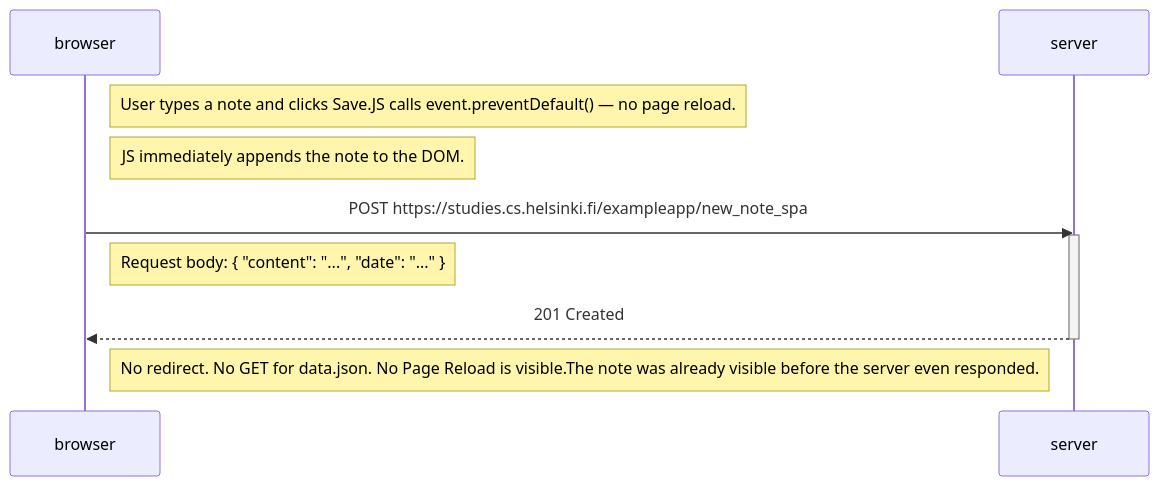
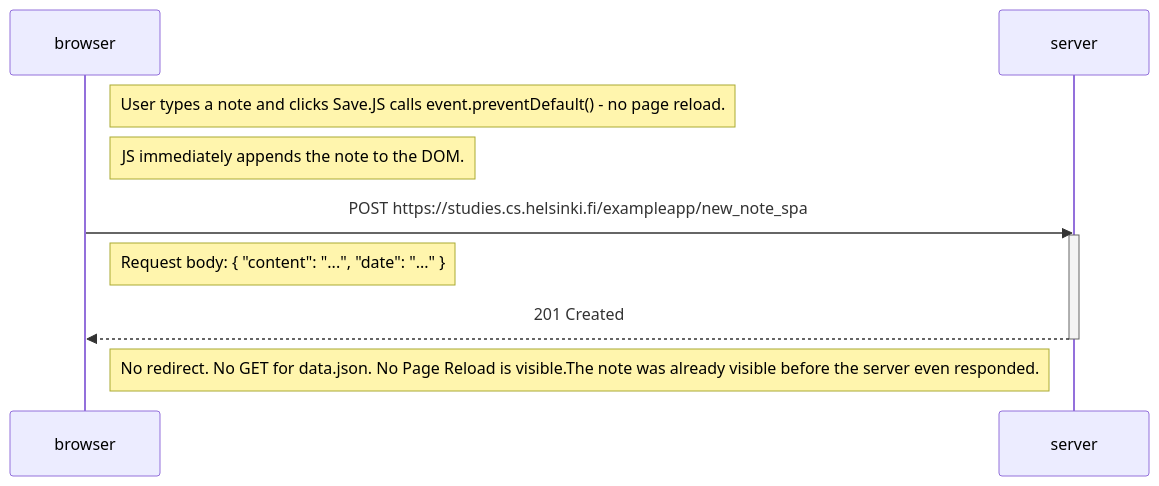
The diagram in part0/readme0_6.md (kingkar-bhowmick/fullstackopen), drawn with Mermaid before and after one commit. The commit also changed 17 other files, not shown here.

````diff
--- a/part0/readme0_6.md
+++ b/part0/readme0_6.md
@@ -1,16 +1,16 @@
 ```mermaid
 sequenceDiagram
     participant browser
     participant server
     
-    Note right of browser: User types a note and clicks Save.JS calls event.preventDefault() — no page reload.
+    Note right of browser: User types a note and clicks Save.JS calls event.preventDefault() - no page reload.
 
     Note right of browser: JS immediately appends the note to the DOM.
     browser->>server: POST https://studies.cs.helsinki.fi/exampleapp/new_note_spa
     activate server
     Note right of browser: Request body: { "content": "...", "date": "..." }
     server-->>browser: 201 Created
     deactivate server
     
     Note right of browser: No redirect. No GET for data.json. No Page Reload is visible.The note was already visible before the server even responded.
 ```
````
